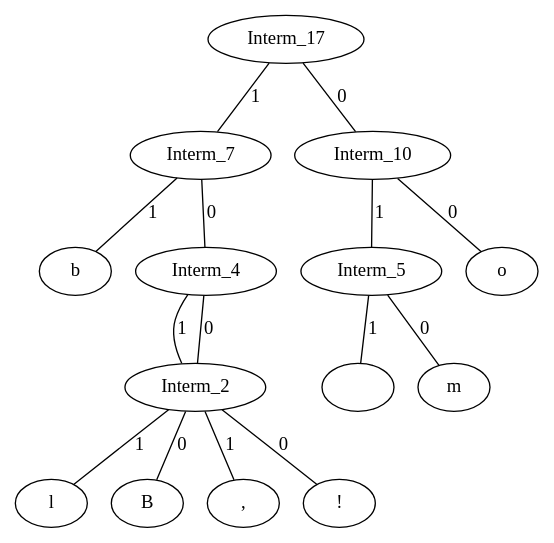
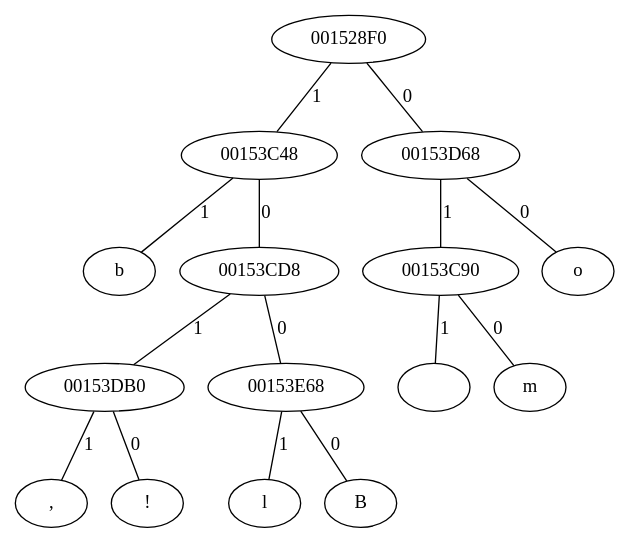
The diagram in tree.dot (jadedlopes/Huffman), drawn with Graphviz before and after one commit. The commit also changed 2 other files, not shown here.

```diff
--- a/tree.dot
+++ b/tree.dot
@@ -1,16 +1,16 @@
 graph {
-	Interm_17 -- Interm_7 [label= 1];
-	Interm_17 -- Interm_10 [label= 0];
-	Interm_10 -- Interm_5 [label= 1];
-	Interm_10 -- "o" [label= 0];
-	Interm_5 -- " " [label= 1];
-	Interm_5 -- "m" [label= 0];
-	Interm_7 -- "b" [label= 1];
-	Interm_7 -- Interm_4 [label= 0];
-	Interm_4 -- Interm_2 [label= 1];
-	Interm_4 -- Interm_2 [label= 0];
-	Interm_2 -- "l" [label= 1];
-	Interm_2 -- "B" [label= 0];
-	Interm_2 -- "," [label= 1];
-	Interm_2 -- "!" [label= 0];
+	"001528F0" -- "00153C48" [label= 1];
+	"001528F0" -- "00153D68" [label= 0];
+	"00153D68" -- "00153C90" [label= 1];
+	"00153D68" -- "o" [label= 0];
+	"00153C90" -- " " [label= 1];
+	"00153C90" -- "m" [label= 0];
+	"00153C48" -- "b" [label= 1];
+	"00153C48" -- "00153CD8" [label= 0];
+	"00153CD8" -- "00153DB0" [label= 1];
+	"00153CD8" -- "00153E68" [label= 0];
+	"00153E68" -- "l" [label= 1];
+	"00153E68" -- "B" [label= 0];
+	"00153DB0" -- "," [label= 1];
+	"00153DB0" -- "!" [label= 0];
 }
```
